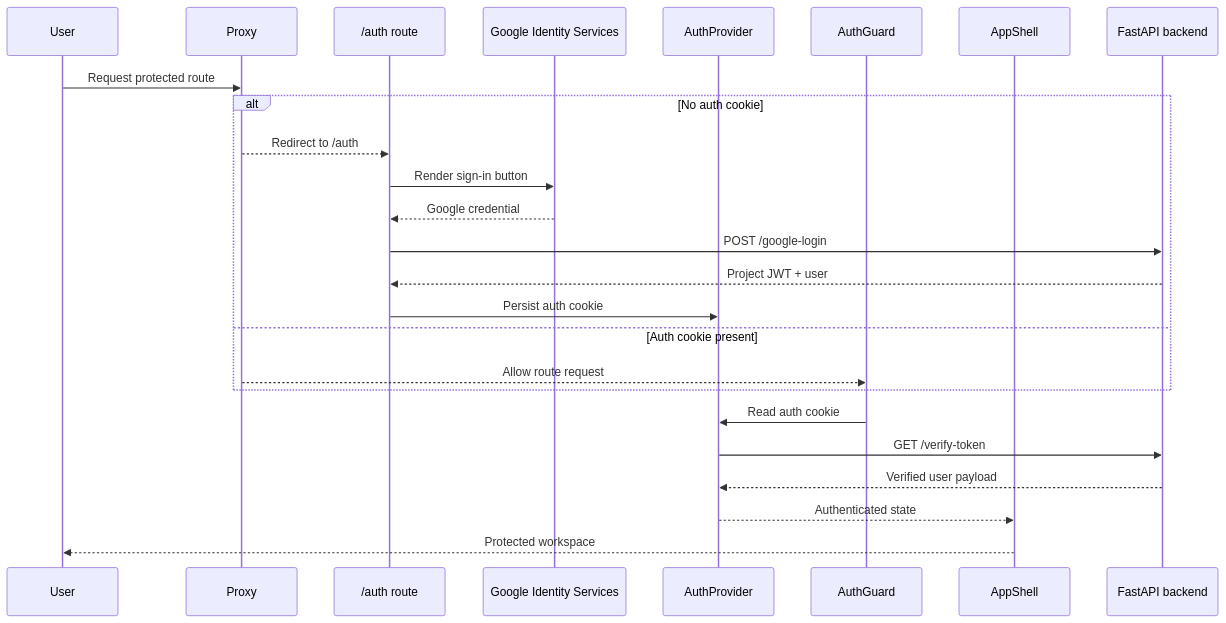
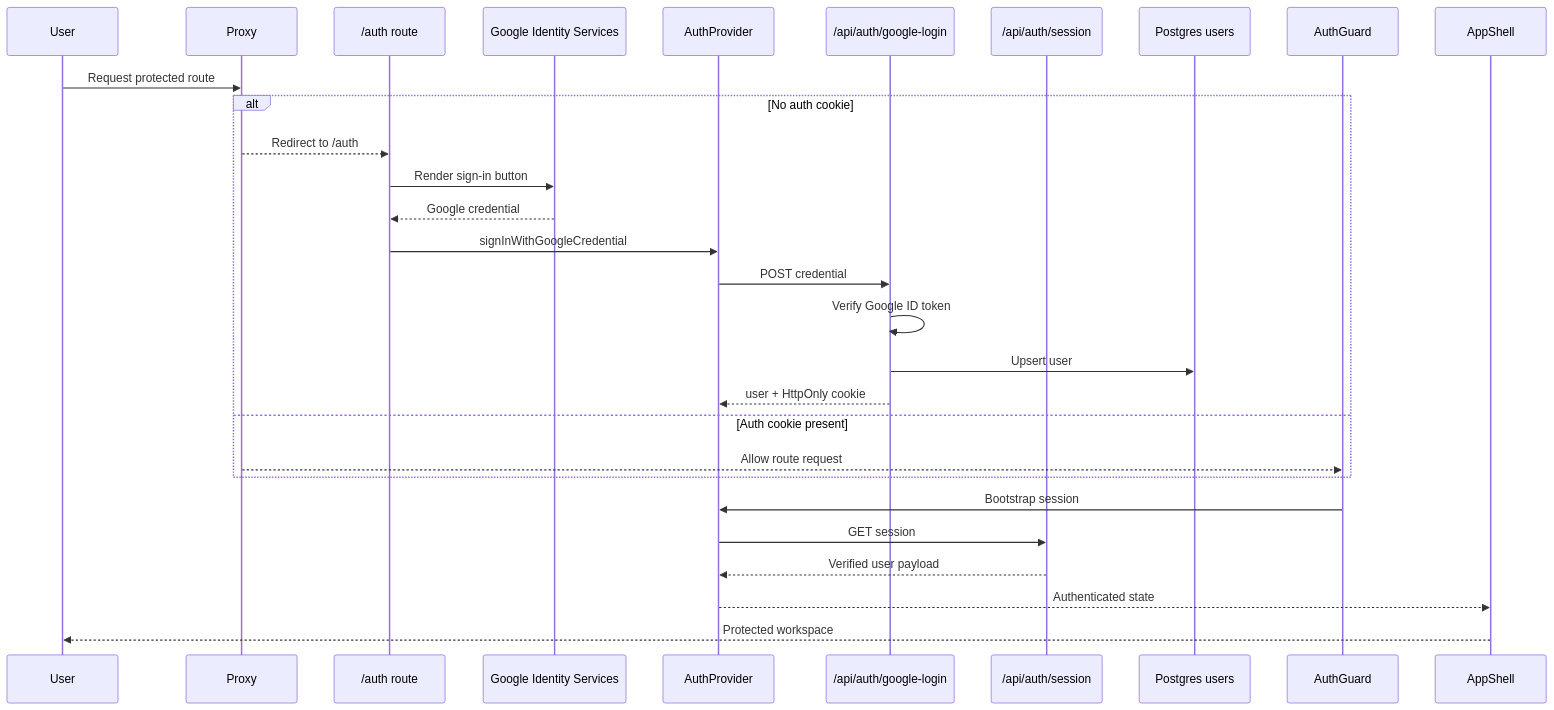
Before and after one commit to eqan/Interfaze-Project: the fourth of 10 diagrams in frontend/ARCHITECTURE.md, drawn with Mermaid. The commit also changed other lines of this file and 86 other files, not shown here.

````diff
--- a/frontend/ARCHITECTURE.md
+++ b/frontend/ARCHITECTURE.md
@@ -84,28 +90,32 @@
 ```mermaid
 sequenceDiagram
     participant U as User
     participant P as Proxy
     participant A as /auth route
     participant G as Google Identity Services
     participant Provider as AuthProvider
+    participant Login as /api/auth/google-login
+    participant Session as /api/auth/session
+    participant DB as Postgres users
     participant Guard as AuthGuard
     participant Shell as AppShell
-    participant B as FastAPI backend
 
     U->>P: Request protected route
     alt No auth cookie
         P-->>A: Redirect to /auth
         A->>G: Render sign-in button
         G-->>A: Google credential
-        A->>B: POST /google-login
-        B-->>A: Project JWT + user
-        A->>Provider: Persist auth cookie
+        A->>Provider: signInWithGoogleCredential
+        Provider->>Login: POST credential
+        Login->>Login: Verify Google ID token
+        Login->>DB: Upsert user
+        Login-->>Provider: user + HttpOnly cookie
     else Auth cookie present
         P-->>Guard: Allow route request
     end
-    Guard->>Provider: Read auth cookie
-    Provider->>B: GET /verify-token
-    B-->>Provider: Verified user payload
+    Guard->>Provider: Bootstrap session
+    Provider->>Session: GET session
+    Session-->>Provider: Verified user payload
     Provider-->>Shell: Authenticated state
     Shell-->>U: Protected workspace
 ```
````
